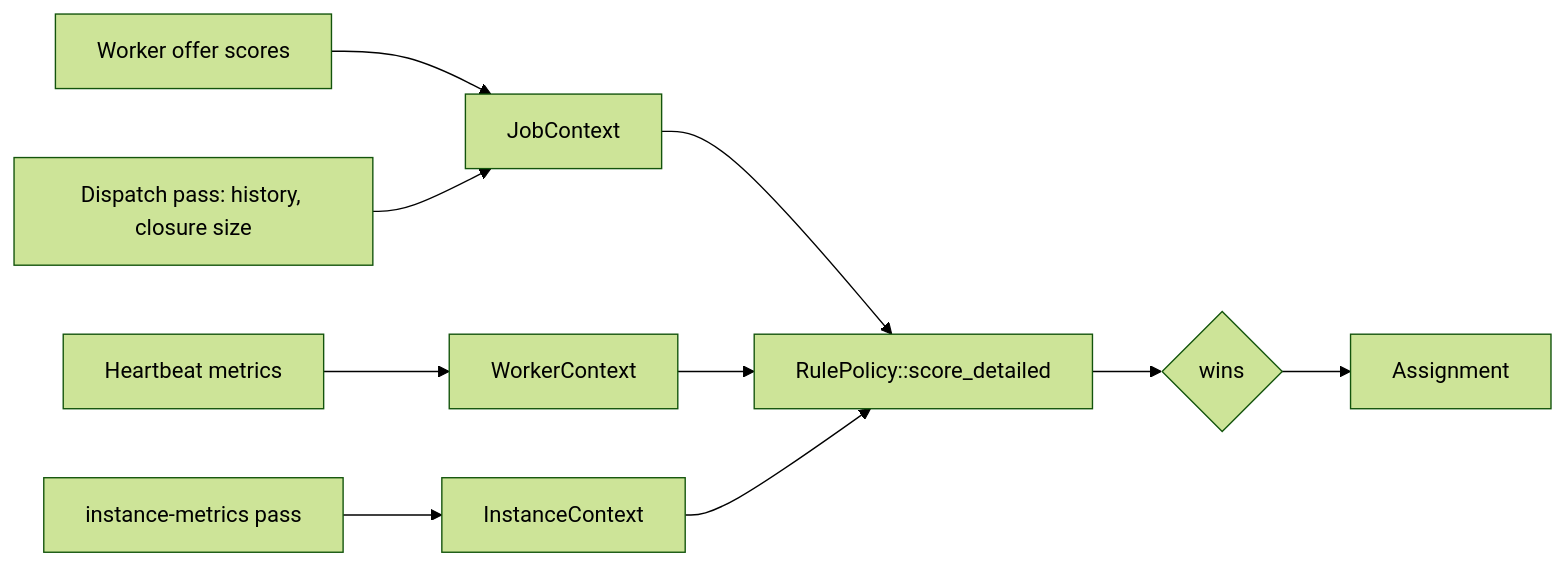
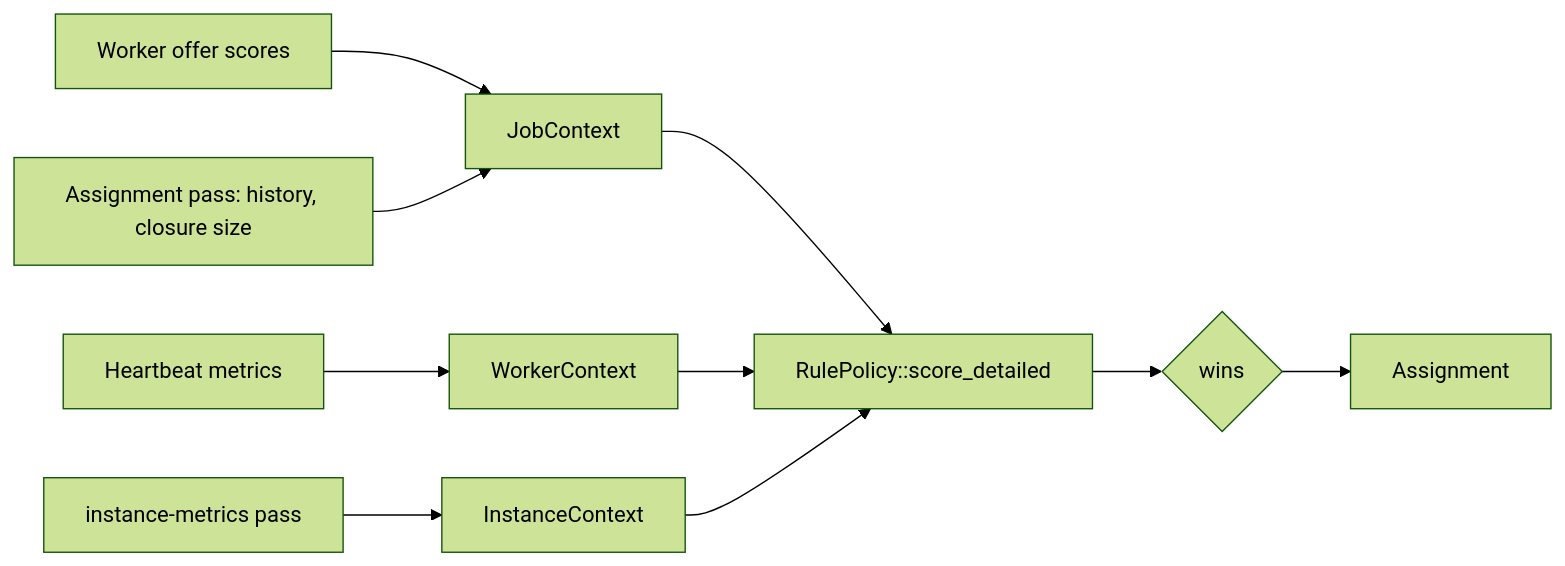
The diagram in docs/src/contributors/scheduler/scoring.md (wavelens/gradient), drawn with Mermaid (forest theme) before and after one commit. The commit also changed other lines of this file and 61 other files, not shown here.

````diff
--- a/docs/src/contributors/scheduler/scoring.md
+++ b/docs/src/contributors/scheduler/scoring.md
@@ -5,10 +5,10 @@
 ```mermaid
 flowchart LR
     W[Worker offer scores] --> J[JobContext]
-    D[Dispatch pass: history, closure size] --> J
+    D["Assignment pass: history, closure size"] --> J
     H[Heartbeat metrics] --> K[WorkerContext]
     I[instance-metrics pass] --> C[InstanceContext]
     J & K & C --> P[RulePolicy::score_detailed]
     P --> A{wins}
     A --> X[Assignment]
 ```
````
